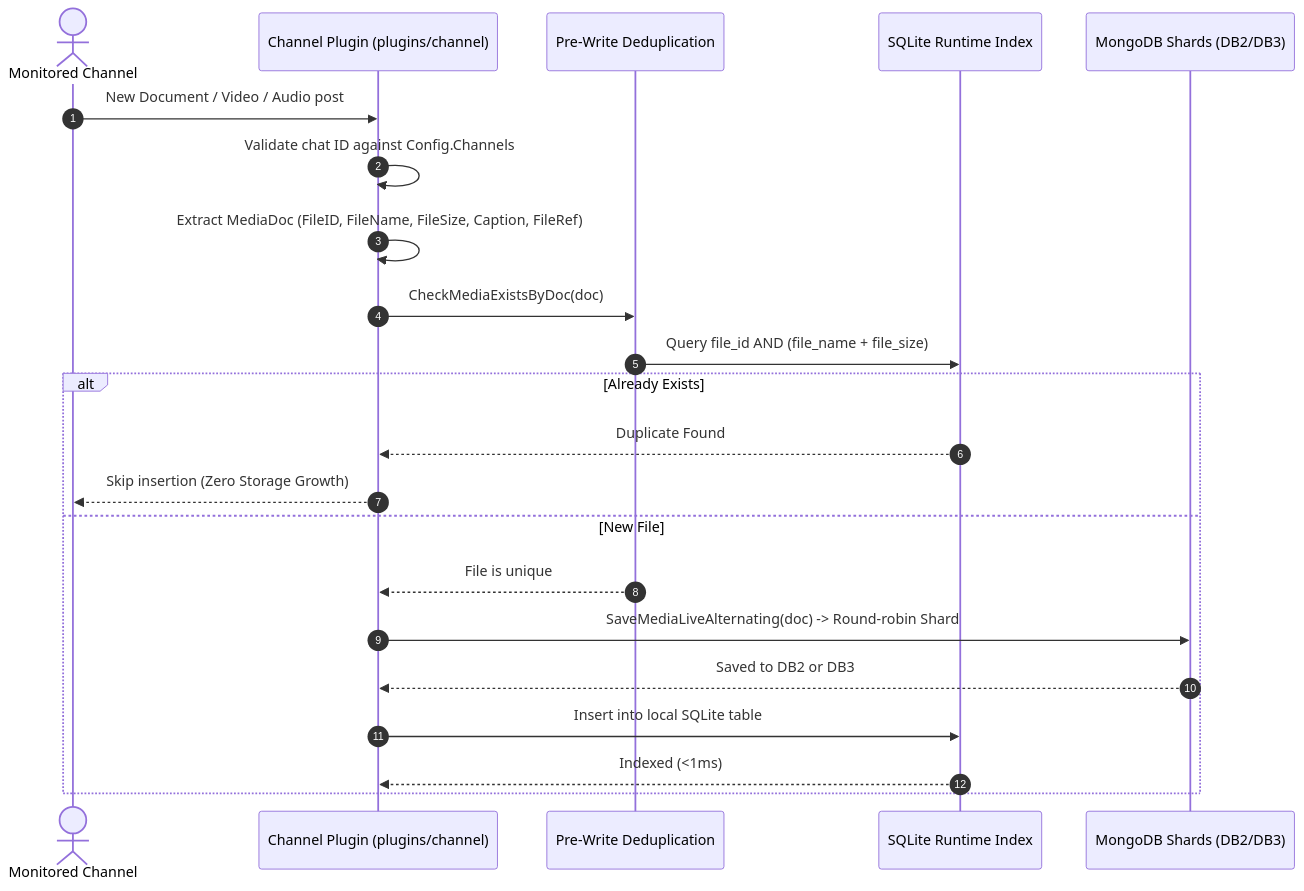
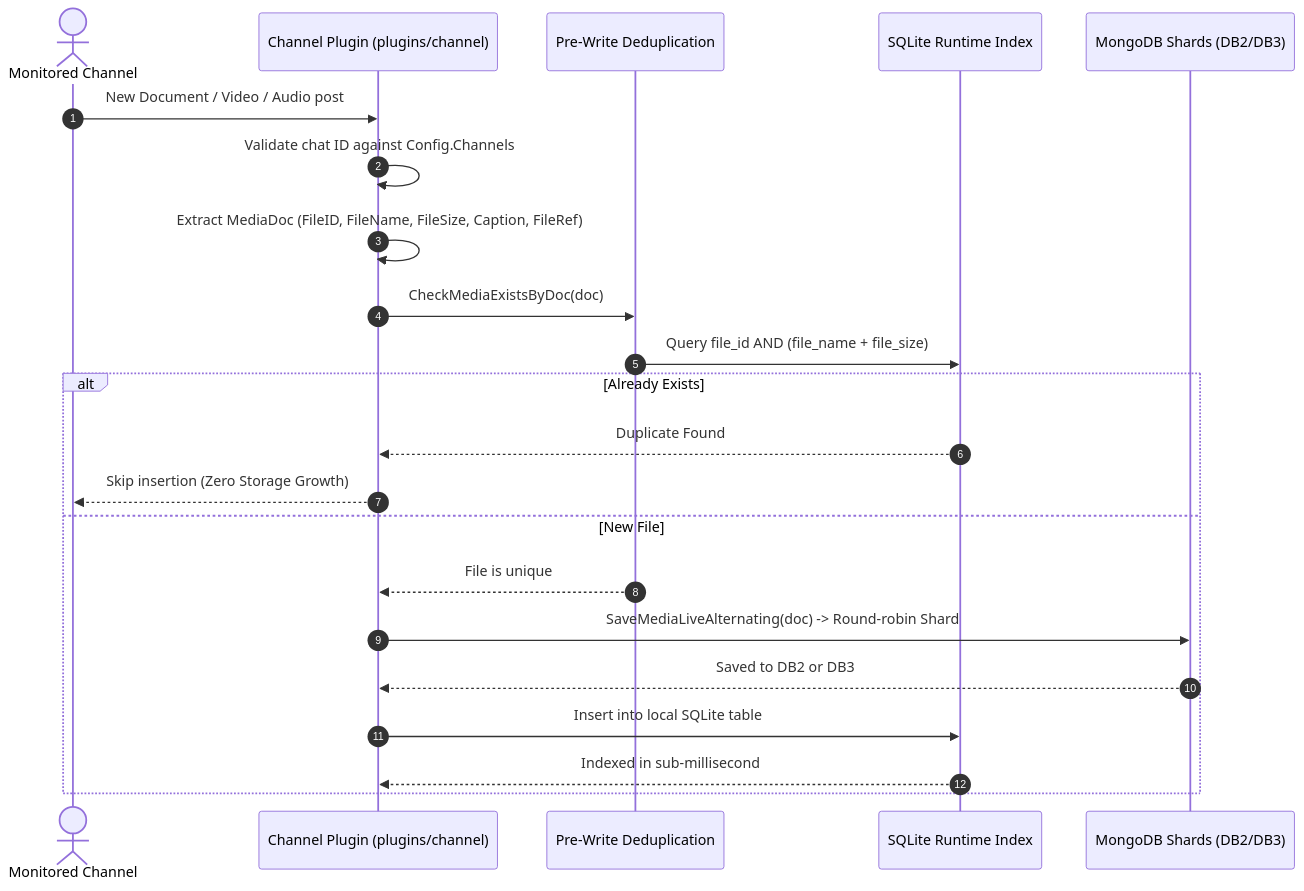
The third of 4 diagrams in docs/ARCHITECTURE.md (itsafxal/AutoFilter-Go), drawn with Mermaid before and after one commit. The commit also changed other lines of this file and 1 other file, not shown here.

Commit message:
fix(docs): resolve Mermaid diagram parsing errors for GitHub renderer

````diff
--- a/docs/ARCHITECTURE.md
+++ b/docs/ARCHITECTURE.md
@@ -138,26 +140,26 @@
 ```mermaid
 sequenceDiagram
     autonumber
     actor Channel as Monitored Channel
     participant Listener as Channel Plugin (plugins/channel)
     participant Dedup as Pre-Write Deduplication
     participant SQLite as SQLite Runtime Index
     participant Mongo as MongoDB Shards (DB2/DB3)
 
     Channel->>Listener: New Document / Video / Audio post
     Listener->>Listener: Validate chat ID against Config.Channels
     Listener->>Listener: Extract MediaDoc (FileID, FileName, FileSize, Caption, FileRef)
     
     Listener->>Dedup: CheckMediaExistsByDoc(doc)
     Dedup->>SQLite: Query file_id AND (file_name + file_size)
     alt Already Exists
         SQLite-->>Listener: Duplicate Found
         Listener-->>Channel: Skip insertion (Zero Storage Growth)
     else New File
         Dedup-->>Listener: File is unique
         Listener->>Mongo: SaveMediaLiveAlternating(doc) -> Round-robin Shard
         Mongo-->>Listener: Saved to DB2 or DB3
         Listener->>SQLite: Insert into local SQLite table
-        SQLite-->>Listener: Indexed (<1ms)
+        SQLite-->>Listener: Indexed in sub-millisecond
     end
 ```
````
